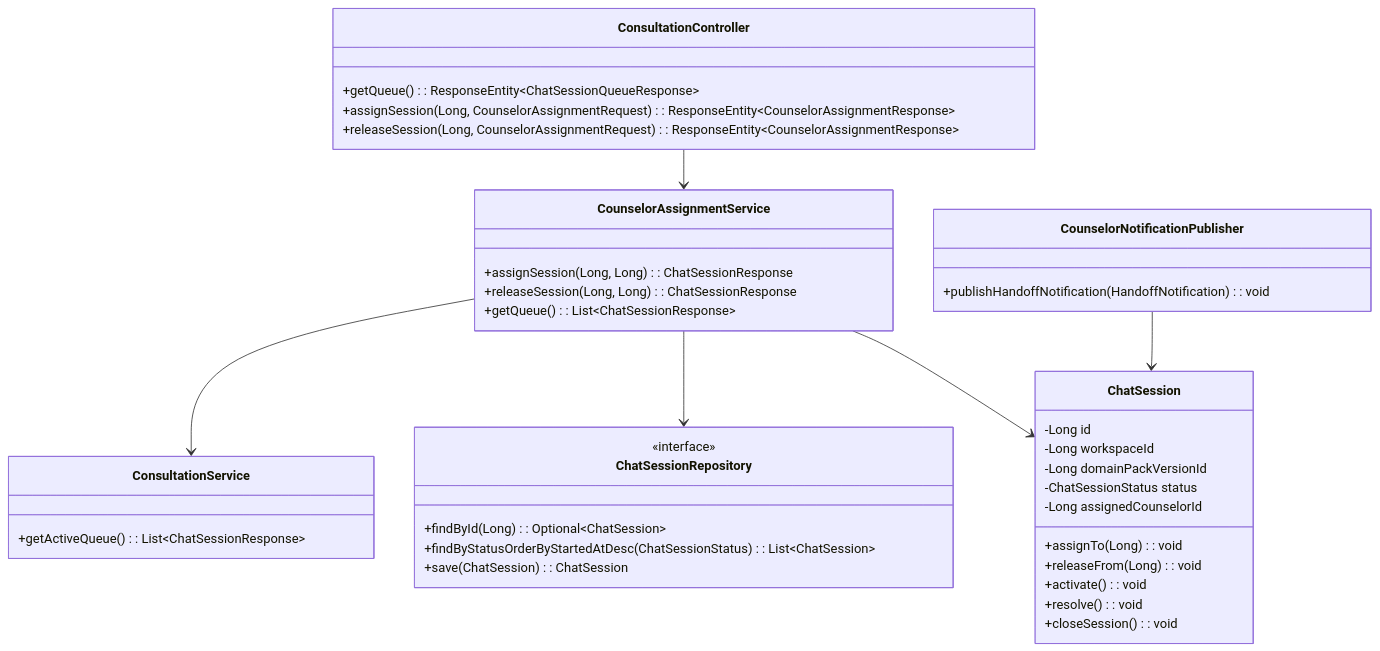
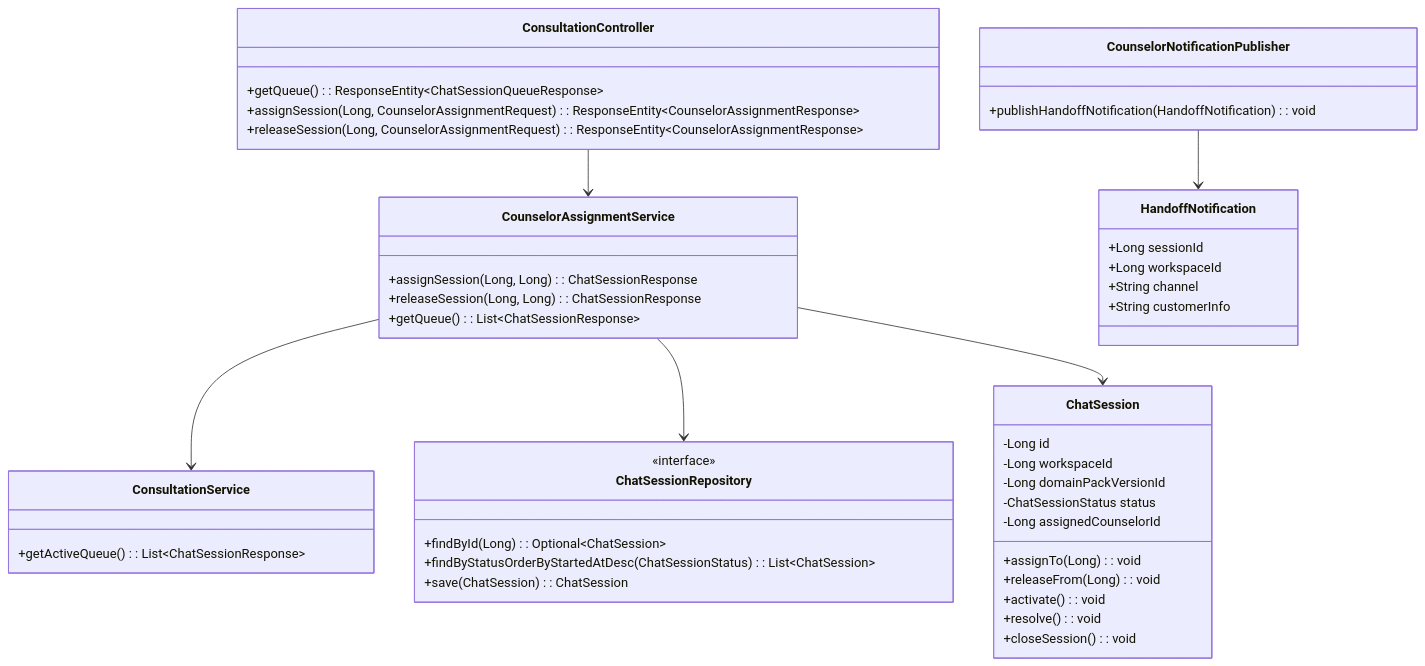
Before and after one commit to ajou-2026-1-capstone-5/ostone: the second of 2 diagrams in .agent/specs/5.3.4.md, drawn with Mermaid. The commit also changed other lines of this file, not shown here.

Commit message:
fix: resolve review comments on .agent/specs/5.3.4.md (diagram, matcher, acceptance criteria)

````diff
--- a/.agent/specs/5.3.4.md
+++ b/.agent/specs/5.3.4.md
@@ -232,48 +232,55 @@
 ```mermaid
 classDiagram
     class ConsultationController {
         +getQueue(): ResponseEntity~ChatSessionQueueResponse~
         +assignSession(Long, CounselorAssignmentRequest): ResponseEntity~CounselorAssignmentResponse~
         +releaseSession(Long, CounselorAssignmentRequest): ResponseEntity~CounselorAssignmentResponse~
     }
 
     class CounselorAssignmentService {
         +assignSession(Long, Long): ChatSessionResponse
         +releaseSession(Long, Long): ChatSessionResponse
         +getQueue(): List~ChatSessionResponse~
     }
 
     class ConsultationService {
         +getActiveQueue(): List~ChatSessionResponse~
     }
 
     class ChatSessionRepository {
         <<interface>>
         +findById(Long): Optional~ChatSession~
         +findByStatusOrderByStartedAtDesc(ChatSessionStatus): List~ChatSession~
         +save(ChatSession): ChatSession
     }
 
     class ChatSession {
         -Long id
         -Long workspaceId
         -Long domainPackVersionId
         -ChatSessionStatus status
         -Long assignedCounselorId
         +assignTo(Long): void
         +releaseFrom(Long): void
         +activate(): void
         +resolve(): void
         +closeSession(): void
     }
 
     class CounselorNotificationPublisher {
         +publishHandoffNotification(HandoffNotification): void
     }
 
+    class HandoffNotification {
+        +Long sessionId
+        +Long workspaceId
+        +String channel
+        +String customerInfo
+    }
+
     ConsultationController --> CounselorAssignmentService
     CounselorAssignmentService --> ConsultationService
     CounselorAssignmentService --> ChatSessionRepository
     CounselorAssignmentService --> ChatSession
-    CounselorNotificationPublisher --> ChatSession
+    CounselorNotificationPublisher --> HandoffNotification
 ```
````
